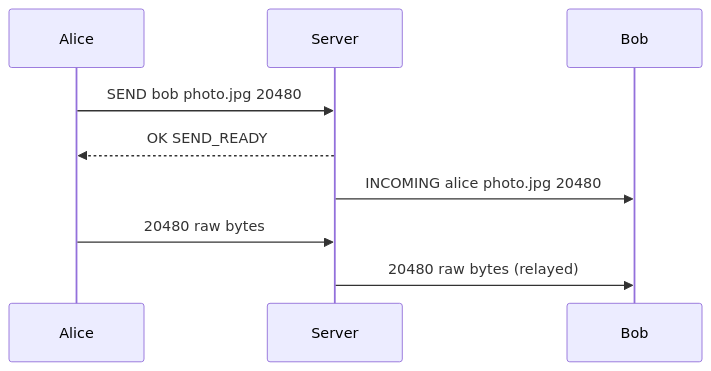
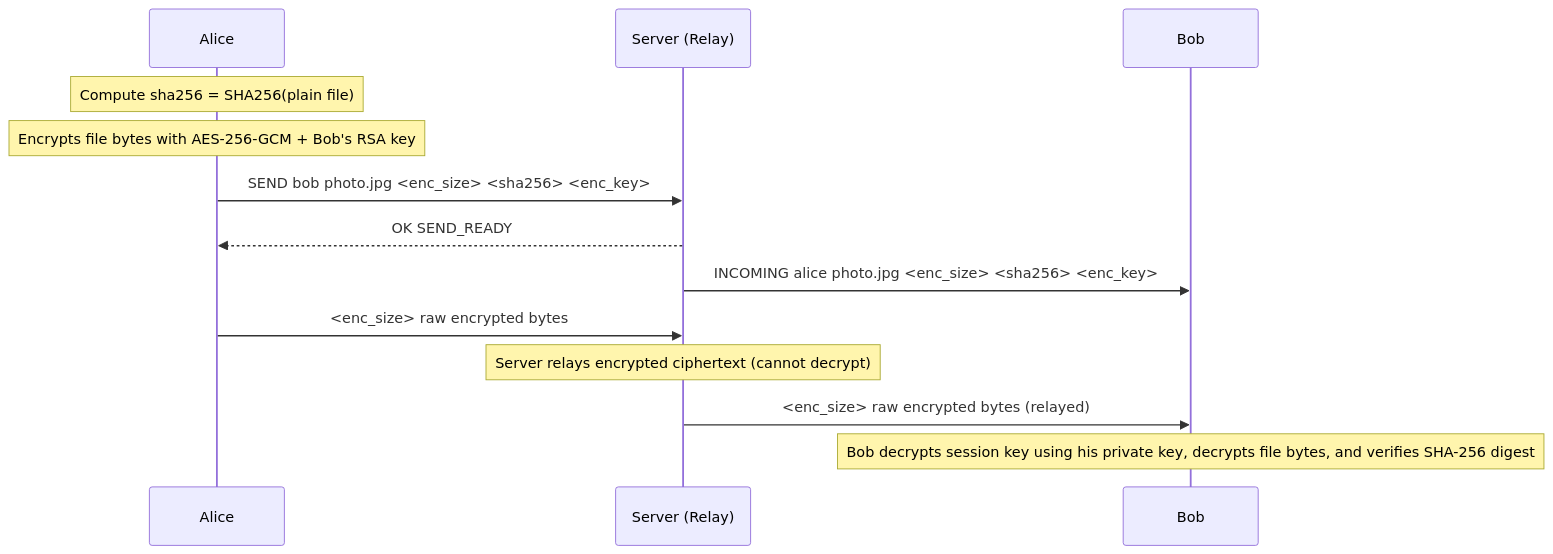
One commit to jazpeak/tcp-chat-file-transfer changed the fifth of 5 diagrams in docs/PROTOCOL.md. Above: the diagram before and after it, drawn with Mermaid. The commit also changed other lines of this file and 12 other files, not shown here.

Commit message:
feat: implement TLS transport security, E2EE relay, and SHA-256 integrity checks

````diff
--- a/docs/PROTOCOL.md
+++ b/docs/PROTOCOL.md
@@ -70,11 +100,15 @@
 ```mermaid
 sequenceDiagram
     participant A as Alice
-    participant S as Server
+    participant S as Server (Relay)
     participant B as Bob
-    A->>S: SEND bob photo.jpg 20480
+    Note over A: Compute sha256 = SHA256(plain file)
+    Note over A: Encrypts file bytes with AES-256-GCM + Bob's RSA key
+    A->>S: SEND bob photo.jpg <enc_size> <sha256> <enc_key>
     S-->>A: OK SEND_READY
-    S->>B: INCOMING alice photo.jpg 20480
-    A->>S: 20480 raw bytes
-    S->>B: 20480 raw bytes (relayed)
+    S->>B: INCOMING alice photo.jpg <enc_size> <sha256> <enc_key>
+    A->>S: <enc_size> raw encrypted bytes
+    Note over S: Server relays encrypted ciphertext (cannot decrypt)
+    S->>B: <enc_size> raw encrypted bytes (relayed)
+    Note over B: Bob decrypts session key using his private key, decrypts file bytes, and verifies SHA-256 digest
 ```
````
